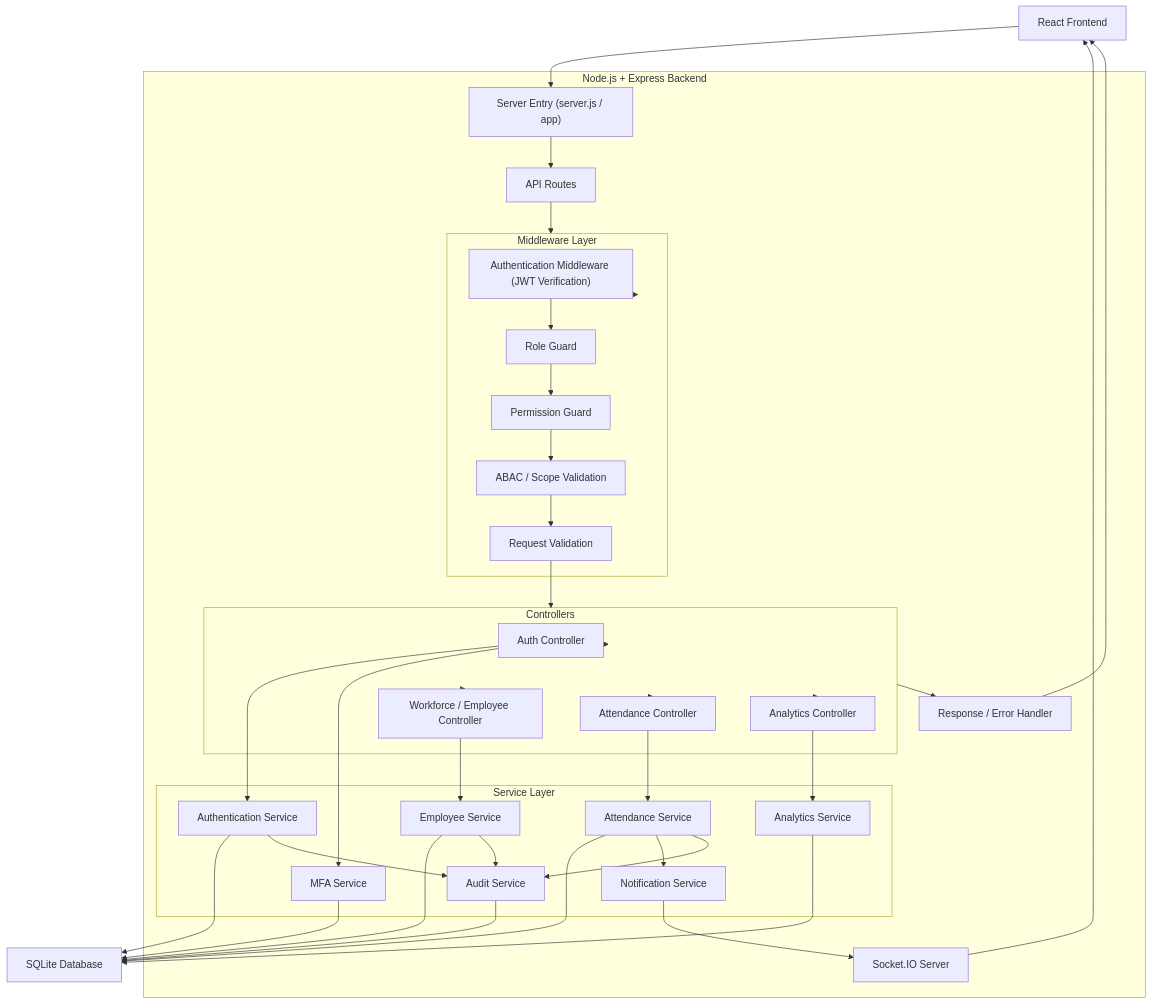
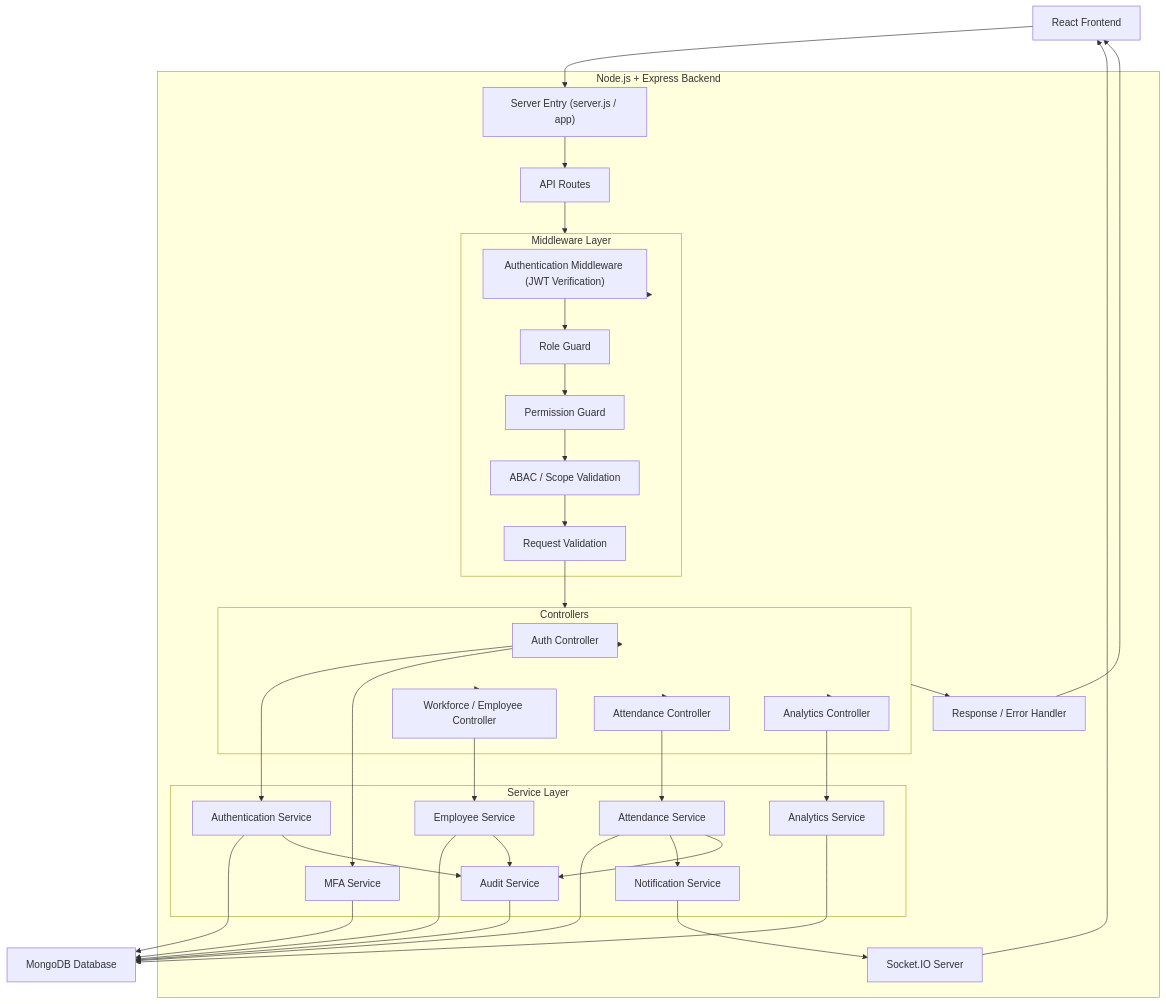
The diagram in docs/architecture/03-backend-architecture.md (maheswari-pinneti/WFA-Rolebased-Architecture), drawn with Mermaid before and after one commit. The commit also changed 18 other files, not shown here.

Commit message:
docs and architecture added

````diff
--- a/docs/architecture/03-backend-architecture.md
+++ b/docs/architecture/03-backend-architecture.md
@@ -5,77 +5,77 @@
 ```mermaid
 flowchart TB
     CLIENT["React Frontend"]
     
     subgraph SERVER["Node.js + Express Backend"]
         ENTRY["Server Entry (server.js / app)"]
         ROUTES["API Routes"]
         
         subgraph MIDDLEWARE["Middleware Layer"]
             AUTH_MW["Authentication Middleware (JWT Verification)"]
             ROLE_MW["Role Guard"]
             PERMISSION["Permission Guard"]
             ABAC["ABAC / Scope Validation"]
             VALIDATION["Request Validation"]
         end
         
         subgraph CONTROLLERS["Controllers"]
             AUTH_C["Auth Controller"]
             EMP_C["Workforce / Employee Controller"]
             ATT_C["Attendance Controller"]
             ANALYTICS_C["Analytics Controller"]
         end
         
         subgraph SERVICE_LAYER["Service Layer"]
             AUTH_S["Authentication Service"]
             MFA_S["MFA Service"]
             EMP_S["Employee Service"]
             ATT_S["Attendance Service"]
             ANALYTICS_S["Analytics Service"]
             NOTIFY_S["Notification Service"]
             AUDIT_S["Audit Service"]
         end
         
         SOCKET["Socket.IO Server"]
         RESPONSE["Response / Error Handler"]
     end
     
-    DB["SQLite Database"]
+    DB["MongoDB Database"]
     
     CLIENT --> ENTRY
     ENTRY --> ROUTES
     ROUTES --> MIDDLEWARE
     MIDDLEWARE --> AUTH_MW
     AUTH_MW --> ROLE_MW
     ROLE_MW --> PERMISSION
     PERMISSION --> ABAC
     ABAC --> VALIDATION
     VALIDATION --> CONTROLLERS
     
     CONTROLLERS --> AUTH_C
     CONTROLLERS --> EMP_C
     CONTROLLERS --> ATT_C
     CONTROLLERS --> ANALYTICS_C
     
     AUTH_C --> AUTH_S
     AUTH_C --> MFA_S
     EMP_C --> EMP_S
     ATT_C --> ATT_S
     ANALYTICS_C --> ANALYTICS_S
     
     EMP_S --> DB
     ATT_S --> DB
     ANALYTICS_S --> DB
     AUTH_S --> DB
     MFA_S --> DB
     
     ATT_S --> NOTIFY_S
     ATT_S --> AUDIT_S
     EMP_S --> AUDIT_S
     AUTH_S --> AUDIT_S
     
     NOTIFY_S --> SOCKET
     AUDIT_S --> DB
     SOCKET --> CLIENT
     CONTROLLERS --> RESPONSE
     RESPONSE --> CLIENT
 ```
````
